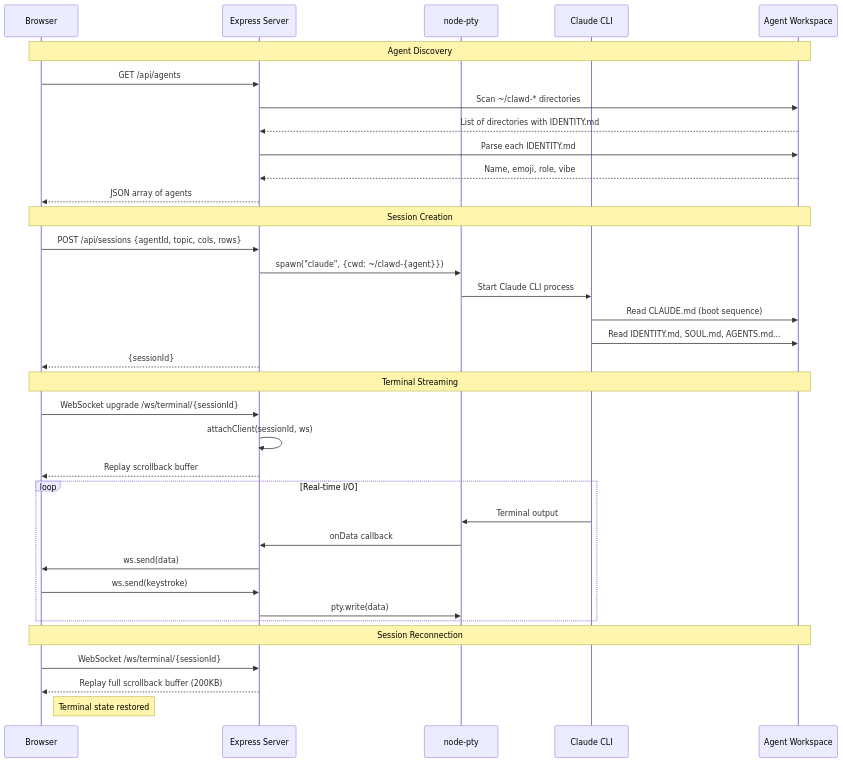
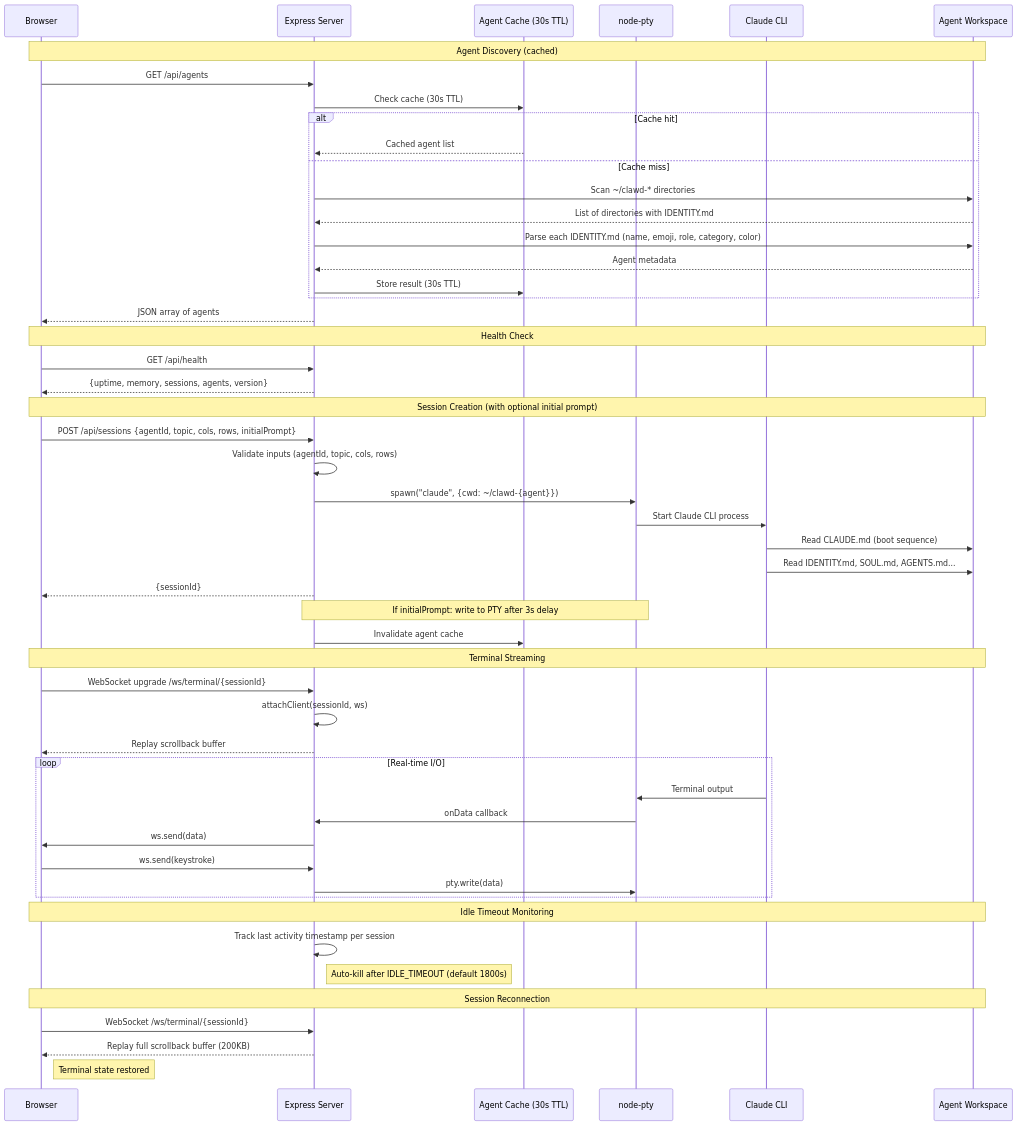
The fourth of 4 diagrams in docs/architecture.md (Source-Code-Alpha/ClawHive), drawn with Mermaid before and after one commit. The commit also changed other lines of this file and 3 other files, not shown here.

````diff
--- a/docs/architecture.md
+++ b/docs/architecture.md
@@ -294,41 +312,59 @@
 ```mermaid
 sequenceDiagram
     participant Browser
     participant Express as Express Server
+    participant Cache as Agent Cache (30s TTL)
     participant PTY as node-pty
     participant Claude as Claude CLI
     participant FS as Agent Workspace
 
-    Note over Browser,FS: Agent Discovery
+    Note over Browser,FS: Agent Discovery (cached)
     Browser->>Express: GET /api/agents
-    Express->>FS: Scan ~/clawd-* directories
-    FS-->>Express: List of directories with IDENTITY.md
-    Express->>FS: Parse each IDENTITY.md
-    FS-->>Express: Name, emoji, role, vibe
+    Express->>Cache: Check cache (30s TTL)
+    alt Cache hit
+        Cache-->>Express: Cached agent list
+    else Cache miss
+        Express->>FS: Scan ~/clawd-* directories
+        FS-->>Express: List of directories with IDENTITY.md
+        Express->>FS: Parse each IDENTITY.md (name, emoji, role, category, color)
+        FS-->>Express: Agent metadata
+        Express->>Cache: Store result (30s TTL)
+    end
     Express-->>Browser: JSON array of agents
 
-    Note over Browser,FS: Session Creation
-    Browser->>Express: POST /api/sessions {agentId, topic, cols, rows}
+    Note over Browser,FS: Health Check
+    Browser->>Express: GET /api/health
+    Express-->>Browser: {uptime, memory, sessions, agents, version}
+
+    Note over Browser,FS: Session Creation (with optional initial prompt)
+    Browser->>Express: POST /api/sessions {agentId, topic, cols, rows, initialPrompt}
+    Express->>Express: Validate inputs (agentId, topic, cols, rows)
     Express->>PTY: spawn("claude", {cwd: ~/clawd-{agent}})
     PTY->>Claude: Start Claude CLI process
     Claude->>FS: Read CLAUDE.md (boot sequence)
     Claude->>FS: Read IDENTITY.md, SOUL.md, AGENTS.md...
     Express-->>Browser: {sessionId}
+    Note over Express,PTY: If initialPrompt: write to PTY after 3s delay
+    Express->>Cache: Invalidate agent cache
 
     Note over Browser,FS: Terminal Streaming
     Browser->>Express: WebSocket upgrade /ws/terminal/{sessionId}
     Express->>Express: attachClient(sessionId, ws)
     Express-->>Browser: Replay scrollback buffer
     loop Real-time I/O
         Claude->>PTY: Terminal output
         PTY->>Express: onData callback
         Express->>Browser: ws.send(data)
         Browser->>Express: ws.send(keystroke)
         Express->>PTY: pty.write(data)
     end
 
+    Note over Browser,FS: Idle Timeout Monitoring
+    Express->>Express: Track last activity timestamp per session
+    Note right of Express: Auto-kill after IDLE_TIMEOUT (default 1800s)
+
     Note over Browser,FS: Session Reconnection
     Browser->>Express: WebSocket /ws/terminal/{sessionId}
     Express-->>Browser: Replay full scrollback buffer (200KB)
     Note right of Browser: Terminal state restored
 ```
````
